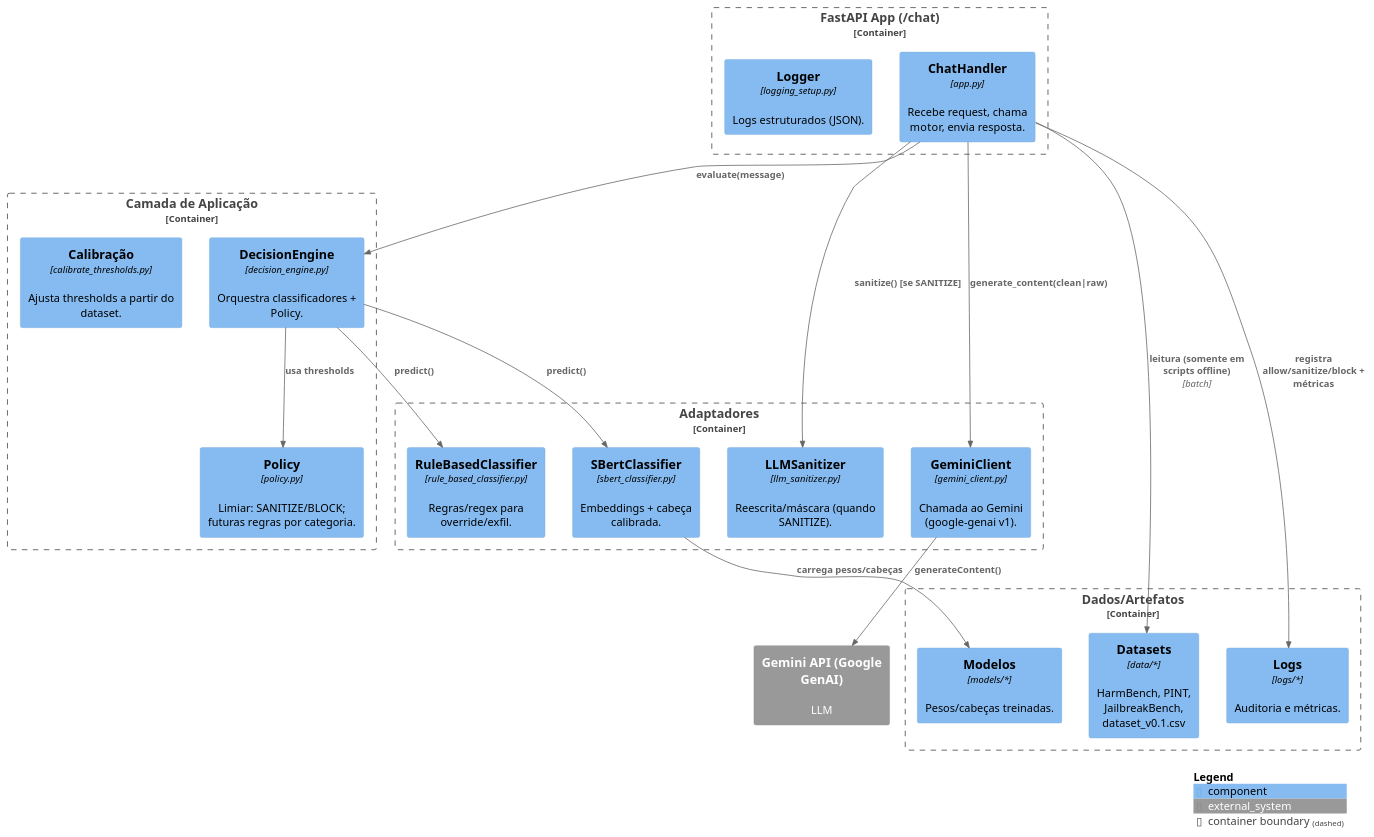
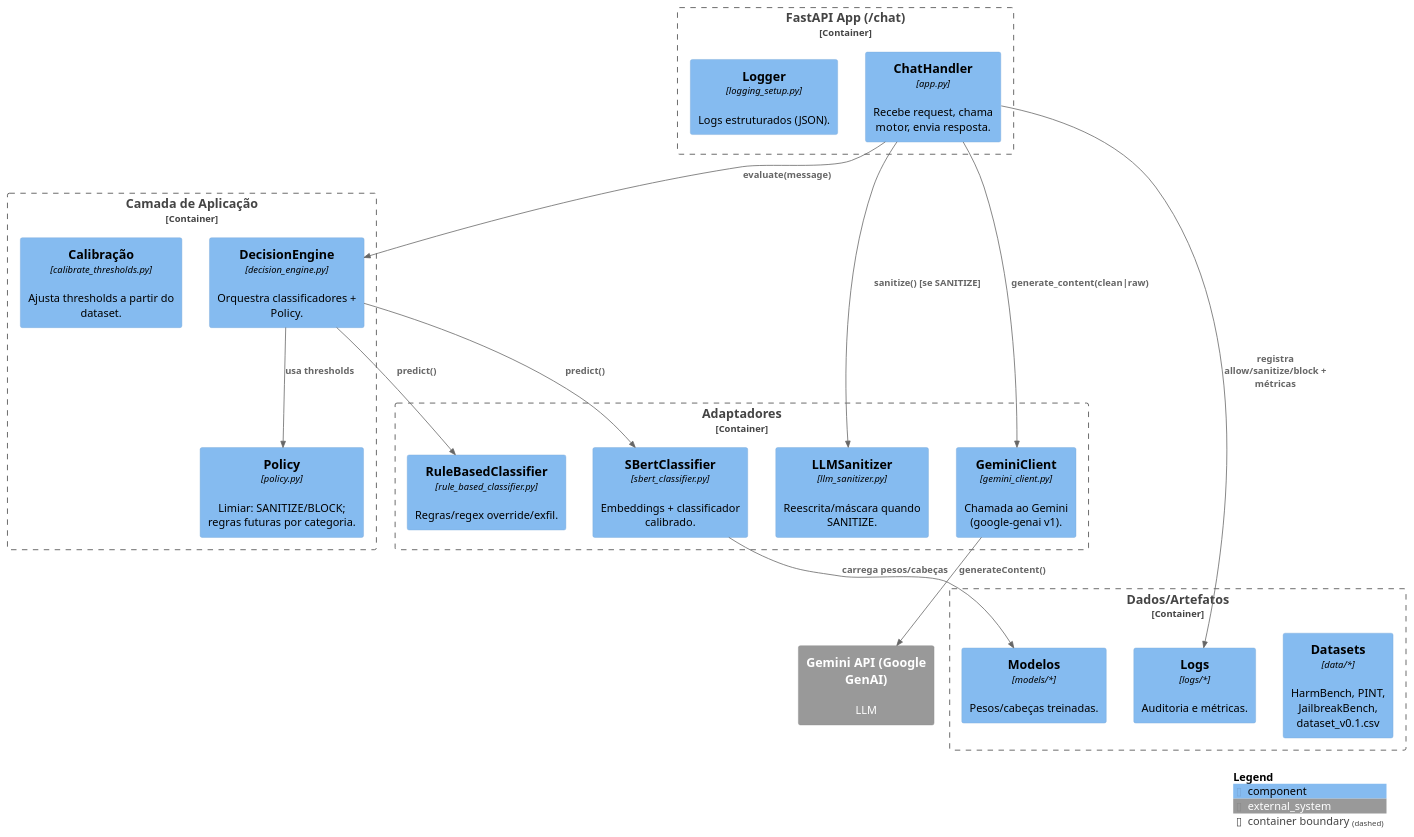
Before and after one commit to marcustenorio/promptshield: the diagram in c4model/c4-component-chat.puml, drawn with PlantUML. The commit also changed 10 other files, not shown here.

```diff
--- a/c4model/c4-component-chat.puml
+++ b/c4model/c4-component-chat.puml
@@ -1,43 +1,38 @@
 @startuml
-!include https://raw.githubusercontent.com/plantuml-stdlib/C4-PlantUML/master/C4_Component.puml
+!include ./vendor/C4_Component.puml
 LAYOUT_WITH_LEGEND()
 
 Container_Boundary(api, "FastAPI App (/chat)") {
   Component(handler, "ChatHandler", "app.py", "Recebe request, chama motor, envia resposta.")
   Component(logging, "Logger", "logging_setup.py", "Logs estruturados (JSON).")
 }
-
 Container_Boundary(app, "Camada de Aplicação") {
   Component(engine, "DecisionEngine", "decision_engine.py", "Orquestra classificadores + Policy.")
-  Component(policy, "Policy", "policy.py", "Limiar: SANITIZE/BLOCK; futuras regras por categoria.")
+  Component(policy, "Policy", "policy.py", "Limiar: SANITIZE/BLOCK; regras futuras por categoria.")
   Component(calibration, "Calibração", "calibrate_thresholds.py", "Ajusta thresholds a partir do dataset.")
 }
-
 Container_Boundary(adapters, "Adaptadores") {
-  Component(rb, "RuleBasedClassifier", "rule_based_classifier.py", "Regras/regex para override/exfil.")
-  Component(sbert, "SBertClassifier", "sbert_classifier.py", "Embeddings + cabeça calibrada.")
-  Component(sanit, "LLMSanitizer", "llm_sanitizer.py", "Reescrita/máscara (quando SANITIZE).")
+  Component(rb, "RuleBasedClassifier", "rule_based_classifier.py", "Regras/regex override/exfil.")
+  Component(sbert, "SBertClassifier", "sbert_classifier.py", "Embeddings + classificador calibrado.")
+  Component(sanit, "LLMSanitizer", "llm_sanitizer.py", "Reescrita/máscara quando SANITIZE.")
   Component(gemcli, "GeminiClient", "gemini_client.py", "Chamada ao Gemini (google-genai v1).")
 }
-
 Container_Boundary(data, "Dados/Artefatos") {
   Component(dataset, "Datasets", "data/*", "HarmBench, PINT, JailbreakBench, dataset_v0.1.csv")
   Component(models, "Modelos", "models/*", "Pesos/cabeças treinadas.")
   Component(logs, "Logs", "logs/*", "Auditoria e métricas.")
 }
-
 System_Ext(gemini, "Gemini API (Google GenAI)", "LLM")
 
 Rel(handler, engine, "evaluate(message)")
 Rel(engine, rb, "predict()")
 Rel(engine, sbert, "predict()")
 Rel(engine, policy, "usa thresholds")
 Rel(handler, sanit, "sanitize() [se SANITIZE]")
 Rel(handler, gemcli, "generate_content(clean|raw)")
 Rel(gemcli, gemini, "generateContent()")
 Rel(sbert, models, "carrega pesos/cabeças")
 Rel(handler, logs, "registra allow/sanitize/block + métricas")
-Rel(handler, dataset, "leitura (somente em scripts offline)", "batch")
 
 SHOW_LEGEND()
 @enduml
```
